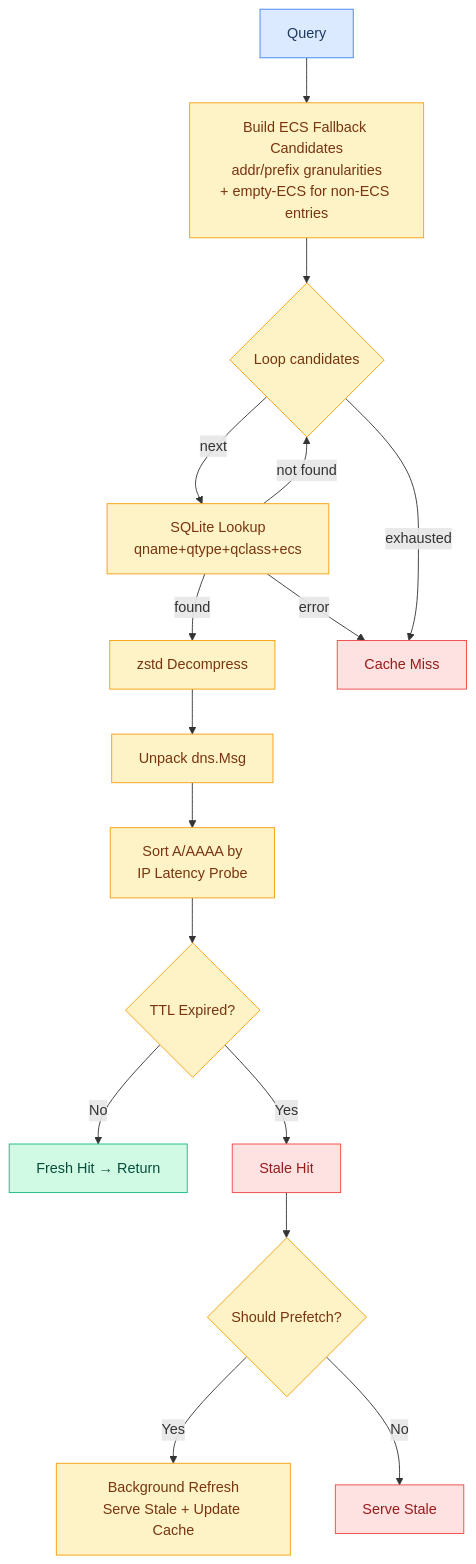
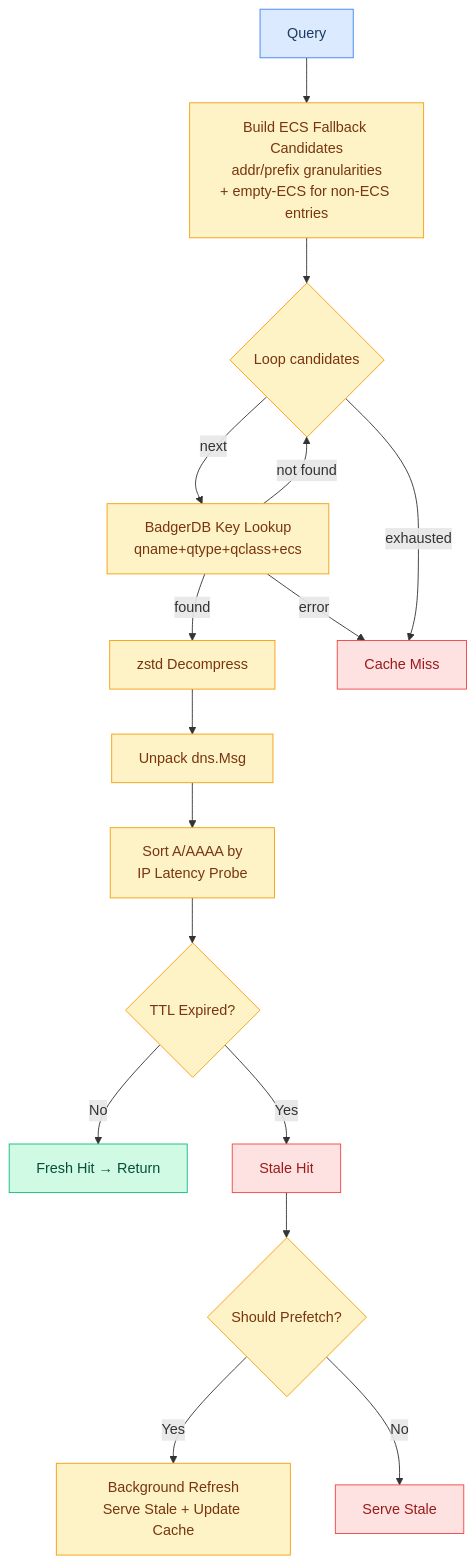
The fourth of 26 diagrams in docs/FLOWCHARTS.md (hezhijie0327/ZJDNS), drawn with Mermaid before and after one commit. The commit also changed other lines of this file and 66 other files, not shown here.

Commit message:
refactor: replace SQLite with BadgerDB v4 as unified storage engine

````diff
--- a/docs/FLOWCHARTS.md
+++ b/docs/FLOWCHARTS.md
@@ -69,26 +69,26 @@
 ```mermaid
 graph TD
     Q[Query] --> ECSCAND[Build ECS Fallback Candidates<br/>addr/prefix granularities<br/>+ empty-ECS for non-ECS entries]
     ECSCAND --> LOOP{Loop candidates}
-    LOOP -->|next| QUERY[SQLite Lookup<br/>qname+qtype+qclass+ecs]
+    LOOP -->|next| QUERY[BadgerDB Key Lookup<br/>qname+qtype+qclass+ecs]
     QUERY -->|found| DECOMP[zstd Decompress]
     QUERY -->|not found| LOOP
     QUERY -->|error| MISS[Cache Miss]
     LOOP -->|exhausted| MISS
     DECOMP --> UNPACK[Unpack dns.Msg]
     UNPACK --> SORT[Sort A/AAAA by<br/>IP Latency Probe]
     SORT --> EXPIRED{TTL Expired?}
     EXPIRED -->|No| HIT[Fresh Hit → Return]
     EXPIRED -->|Yes| STALE[Stale Hit]
     STALE --> PREFETCH{Should Prefetch?}
     PREFETCH -->|Yes| BG[Background Refresh<br/>Serve Stale + Update Cache]
     PREFETCH -->|No| RETURN[Serve Stale]
     classDef start fill:#dbeafe,stroke:#3b82f6,color:#1e3a5f
     classDef proc fill:#fef3c7,stroke:#f59e0b,color:#78350f
     classDef hit fill:#d1fae5,stroke:#10b981,color:#064e3b
     classDef miss fill:#fee2e2,stroke:#ef4444,color:#991b1b
     class Q start
     class ECSCAND,LOOP,QUERY,DECOMP,UNPACK,SORT,EXPIRED,PREFETCH,BG proc
     class HIT hit
     class MISS,RETURN,STALE miss
 ```
````
